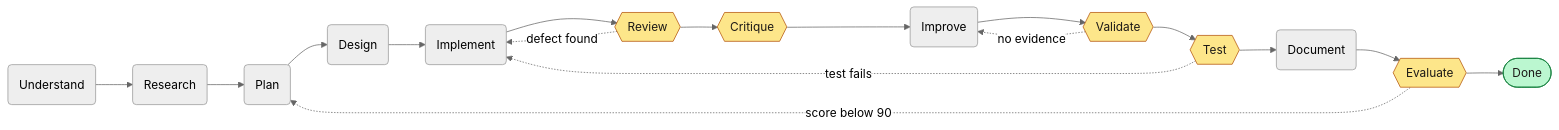
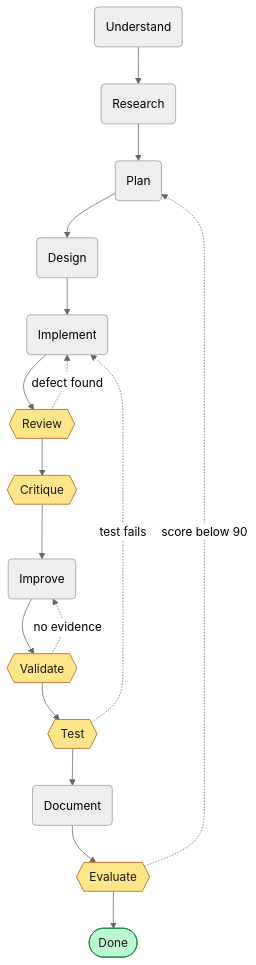
One commit to Eric20Junior/gatecraft changed the diagram in README.md. Above: the diagram before and after it, drawn with Mermaid (neutral theme). The commit also changed other lines of this file and 2 other files, not shown here.

First line of the commit message:
Render the loop diagram as an SVG so it survives mobile

````diff
--- a/README.md
+++ b/README.md
@@ -61,18 +71,17 @@
 ```mermaid
-flowchart LR
+flowchart TB
   A(Understand) --> B(Research) --> C(Plan) --> D(Design)
   D --> E(Implement) --> F{{Review}} --> G{{Critique}}
   G --> H(Improve) --> I{{Validate}} --> J{{Test}}
-  J --> K(Document) --> L{{Evaluate}}
-  L --> M([Done])
+  J --> K(Document) --> L{{Evaluate}} --> M([Done])
 
   F -.->|defect found| E
   I -.->|no evidence| H
   J -.->|test fails| E
   L -.->|score below 90| C
 
   classDef gate fill:#fde68a,stroke:#b45309,color:#1c1917
   classDef done fill:#bbf7d0,stroke:#15803d,color:#1c1917
   class F,G,I,J,L gate
   class M done
 ```
````
